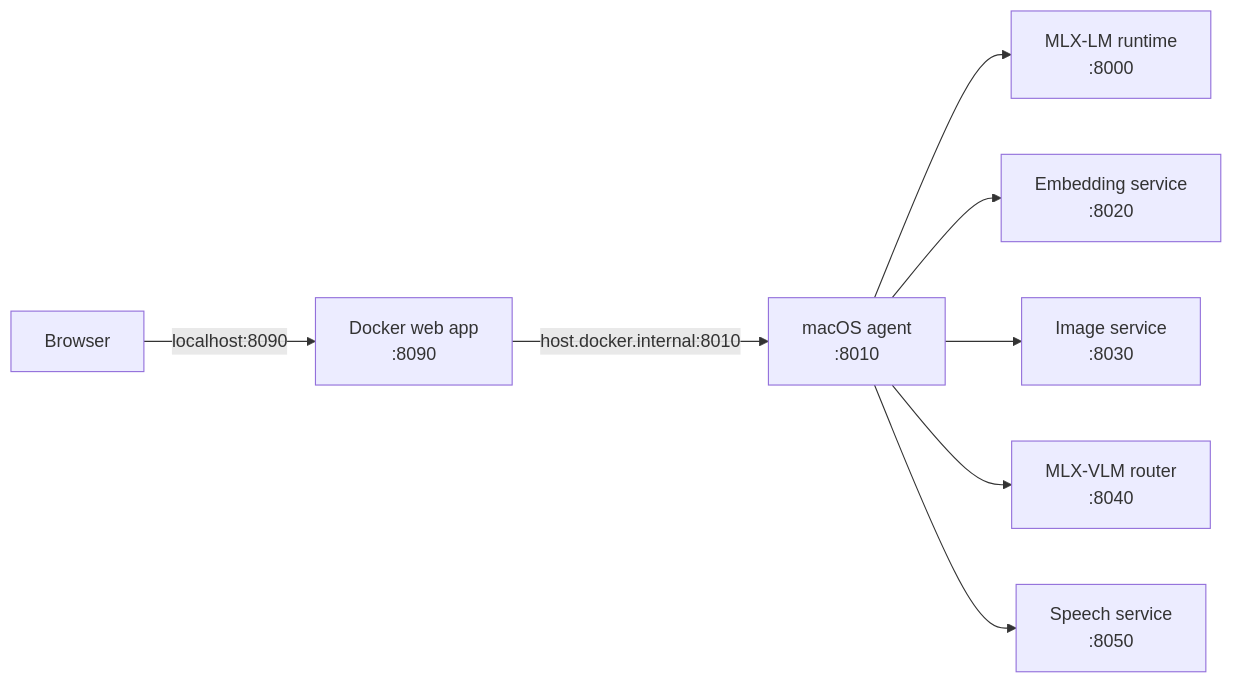
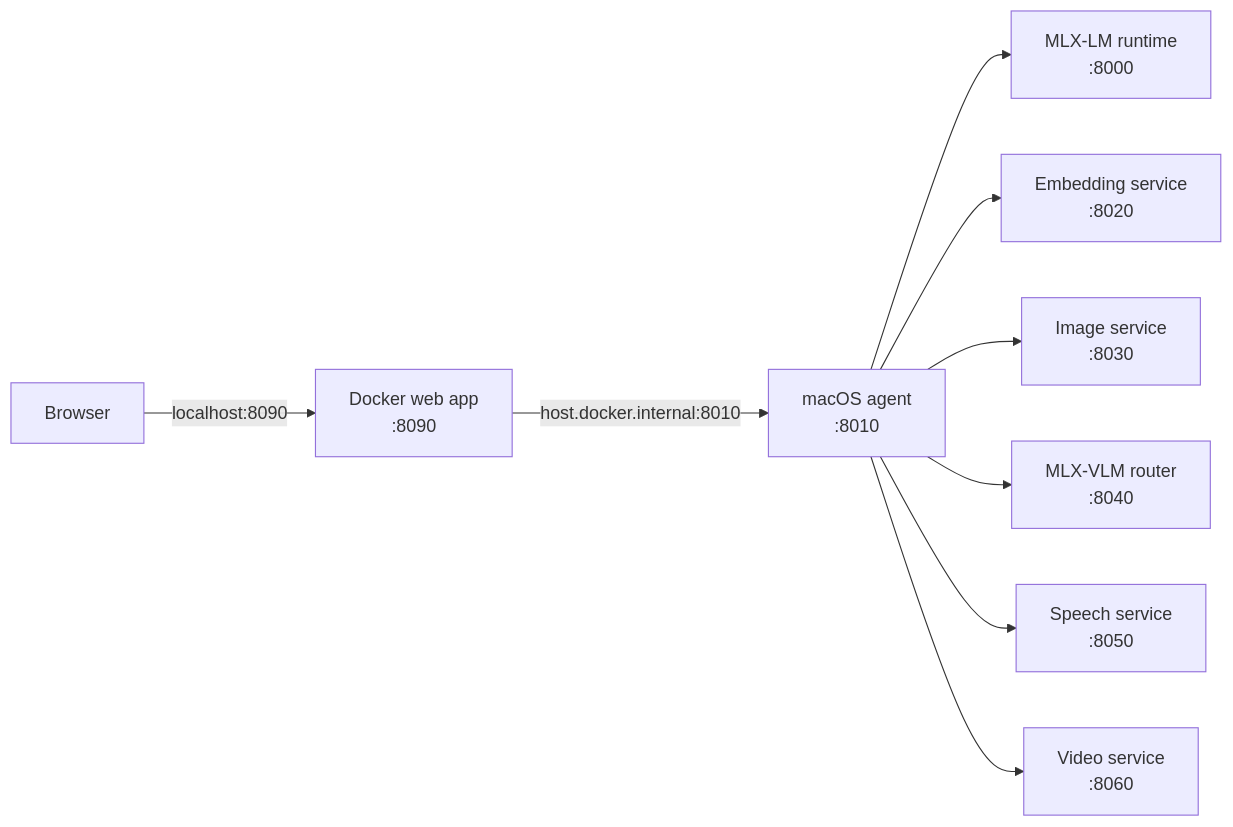
One commit to nfekete82/mlx-nobby changed the diagram in README.md. Above: the diagram before and after it, drawn with Mermaid. The commit also changed other lines of this file, not shown here.

Commit message:
docs: refresh system architecture and routing observability

````diff
--- a/README.md
+++ b/README.md
@@ -61,10 +63,11 @@
 ```mermaid
 flowchart LR
     Browser[Browser] -->|localhost:8090| Web[Docker web app<br/>:8090]
     Web -->|host.docker.internal:8010| Agent[macOS agent<br/>:8010]
     Agent --> Runtime[MLX-LM runtime<br/>:8000]
     Agent --> Embeddings[Embedding service<br/>:8020]
     Agent --> Images[Image service<br/>:8030]
     Agent --> Router[MLX-VLM router<br/>:8040]
     Agent --> Speech[Speech service<br/>:8050]
+    Agent --> Video[Video service<br/>:8060]
 ```
````
